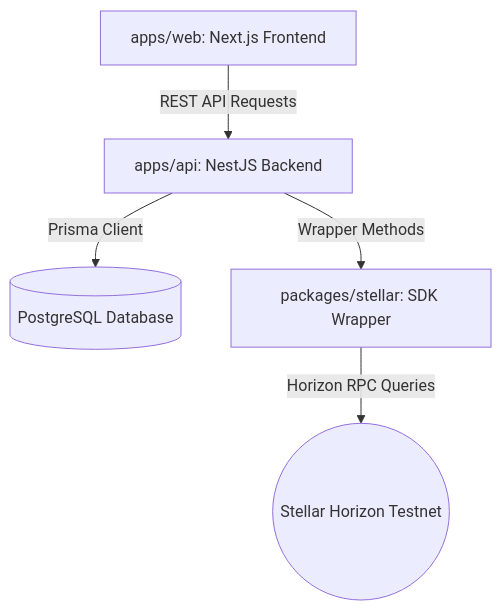
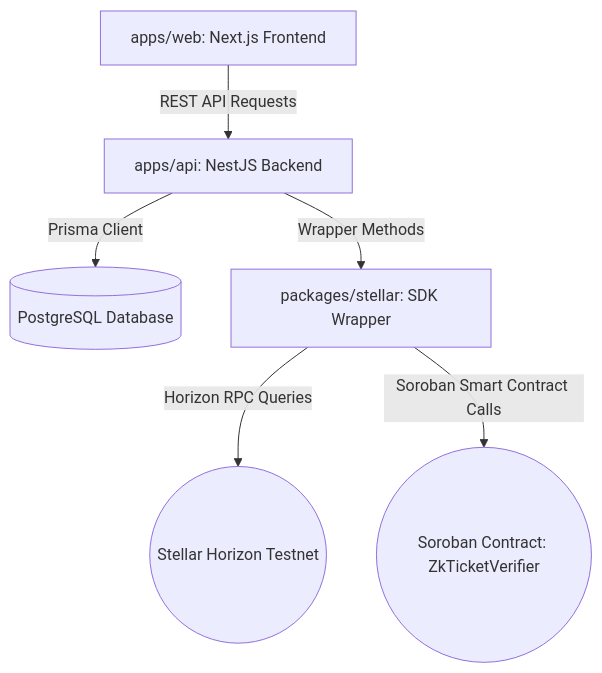
The first of 3 diagrams in ARCHITECTURE.md (Smarty-Event/smarty-event), drawn with Mermaid before and after one commit. The commit also changed other lines of this file and 1 other file, not shown here.

Commit message:
docs(zk): document on-chain ZK ticket verification architecture and requirements

````diff
--- a/ARCHITECTURE.md
+++ b/ARCHITECTURE.md
@@ -11,7 +11,8 @@
 ```mermaid
 graph TD
     Web[apps/web: Next.js Frontend] -->|REST API Requests| API[apps/api: NestJS Backend]
     API -->|Prisma Client| DB[(PostgreSQL Database)]
     API -->|Wrapper Methods| SDK[packages/stellar: SDK Wrapper]
     SDK -->|Horizon RPC Queries| Stellar((Stellar Horizon Testnet))
+    SDK -->|Soroban Smart Contract Calls| SorobanContract((Soroban Contract: ZkTicketVerifier))
 ```
````
